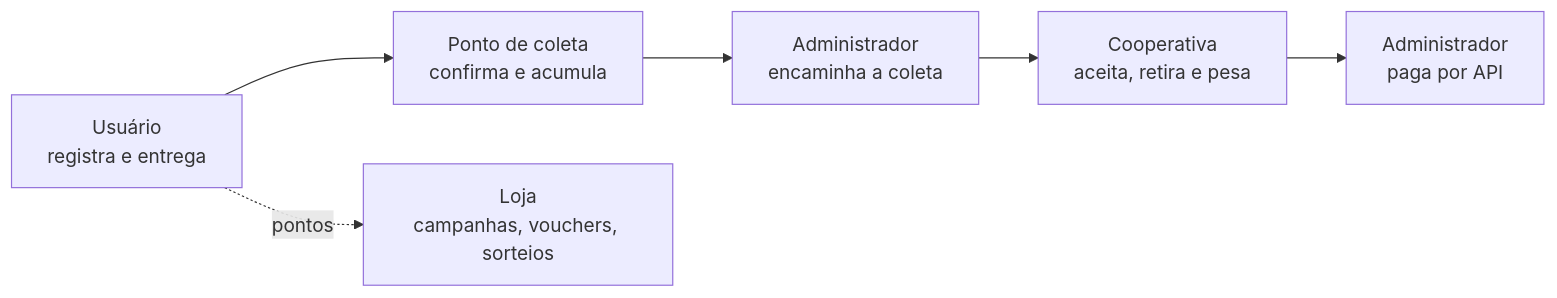
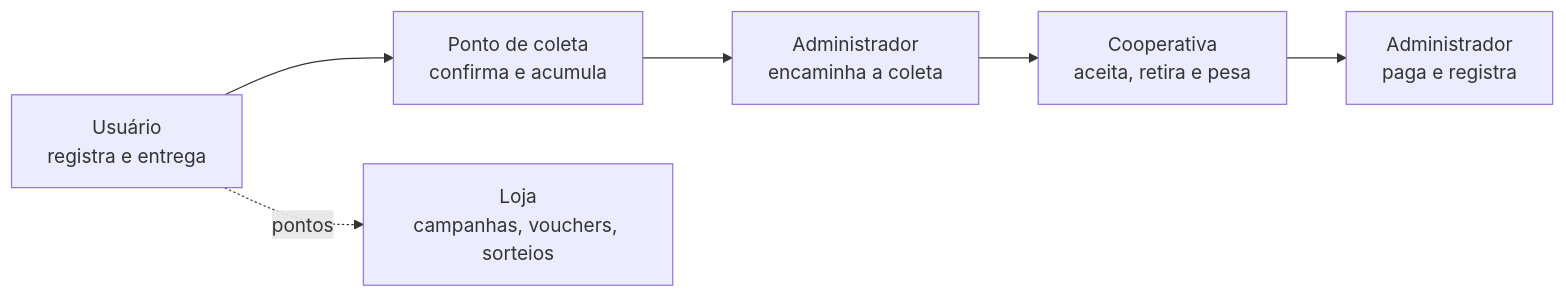
Before and after one commit to Residuum-Organization/residuum-documentacao: the diagram in docs/01-planejamento/visao-e-escopo.md, drawn with Mermaid. The commit also changed other lines of this file and 6 other files, not shown here.

Commit message:
docs(planejamento): pagamento manual no piloto, Residuum paga por kg e material (PD-015, PD-016)

````diff
--- a/docs/01-planejamento/visao-e-escopo.md
+++ b/docs/01-planejamento/visao-e-escopo.md
@@ -41,8 +41,8 @@
 ```mermaid
 flowchart LR
   M[Usuário<br/>registra e entrega] --> P[Ponto de coleta<br/>confirma e acumula]
   P --> A[Administrador<br/>encaminha a coleta]
   A --> C[Cooperativa<br/>aceita, retira e pesa]
-  C --> A2[Administrador<br/>paga por API]
+  C --> A2[Administrador<br/>paga e registra]
   M -. pontos .-> L[Loja<br/>campanhas, vouchers, sorteios]
 ```
````
